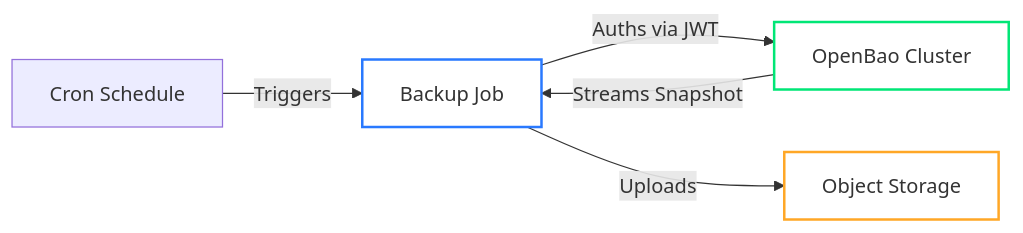
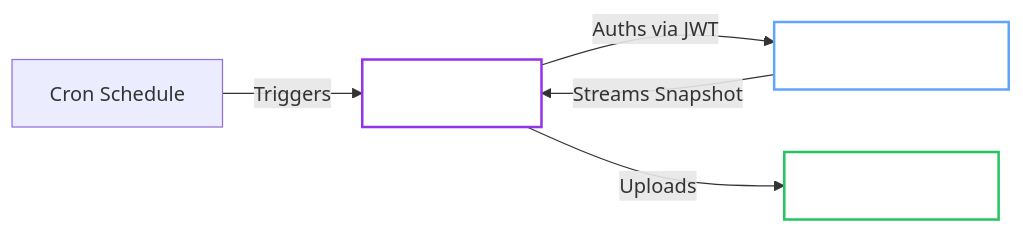
Before and after one commit to dc-tec/openbao-operator: the diagram in docs/user-guide/openbaocluster/operations/backups.md, drawn with Mermaid. The commit also changed other lines of this file and 47 other files, not shown here.

````diff
--- a/docs/user-guide/openbaocluster/operations/backups.md
+++ b/docs/user-guide/openbaocluster/operations/backups.md
@@ -11,11 +11,15 @@
 ```mermaid
 flowchart LR
     Cron[Cron Schedule] -->|Triggers| Job[Backup Job]
     Job -->|Auths via JWT| Bao[OpenBao Cluster]
     Bao -->|Streams Snapshot| Job
-    Job -->|Uploads| S3[Object Storage]
+    Job -->|Uploads| Storage[Object Storage]
     
-    style Job fill:transparent,stroke:#2979ff,stroke-width:2px
-    style Bao fill:transparent,stroke:#00e676,stroke-width:2px
-    style S3 fill:transparent,stroke:#ffa726,stroke-width:2px
+    classDef write fill:transparent,stroke:#22c55e,stroke-width:2px,color:#fff;
+    classDef read fill:transparent,stroke:#60a5fa,stroke-width:2px,color:#fff;
+    classDef process fill:transparent,stroke:#9333ea,stroke-width:2px,color:#fff;
+    
+    class Job process;
+    class Bao read;
+    class Storage write;
 ```
````
